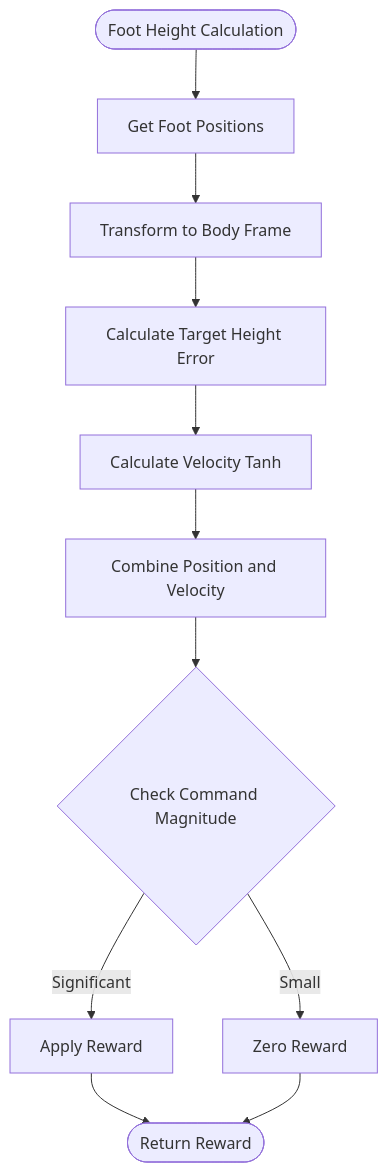
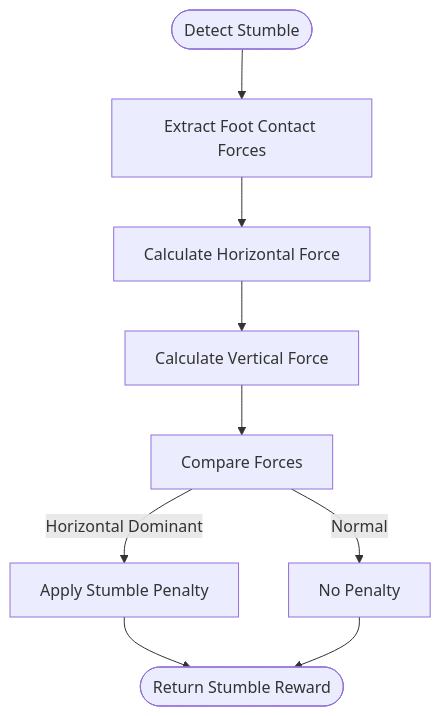
The tenth of 11 diagrams in .qoder/repowiki/en/content/Task Configuration Framework/Velocity-Based Locomotion Tasks/Parkour Navigation System.md (jayjayhust/robot_lab), drawn with Mermaid before and after one commit. The commit also changed other lines of this file and 17 other files, not shown here.

````diff
--- a/.qoder/repowiki/en/content/Task Configuration Framework/Velocity-Based Locomotion Tasks/Parkour Navigation System.md
+++ b/.qoder/repowiki/en/content/Task Configuration Framework/Velocity-Based Locomotion Tasks/Parkour Navigation System.md
@@ -306,13 +462,11 @@
 ```mermaid
 flowchart TD
-Start([Foot Height Calculation]) --> GetFootPos[Get Foot Positions]
-GetFootPos --> TransformToBody[Transform to Body Frame]
-TransformToBody --> CalcTargetError[Calculate Target Height Error]
-CalcTargetError --> CalcVelocityTanh[Calculate Velocity Tanh]
-CalcVelocityTanh --> CombineReward[Combine Position and Velocity]
-CombineReward --> CheckCommand{Check Command Magnitude}
-CheckCommand --> |Significant| ApplyReward[Apply Reward]
-CheckCommand --> |Small| ZeroReward[Zero Reward]
-ApplyReward --> End([Return Reward])
-ZeroReward --> End
+Start([Detect Stumble]) --> GetFootForces[Extract Foot Contact Forces]
+GetFootForces --> CalcHorizForce[Calculate Horizontal Force]
+CalcHorizForce --> CalcVertForce[Calculate Vertical Force]
+CalcVertForce --> CompareForces[Compare Forces]
+CompareForces --> |Horizontal Dominant| Penalize[Apply Stumble Penalty]
+CompareForces --> |Normal| NoPenalty[No Penalty]
+Penalize --> End([Return Stumble Reward])
+NoPenalty --> End
 ```
````
